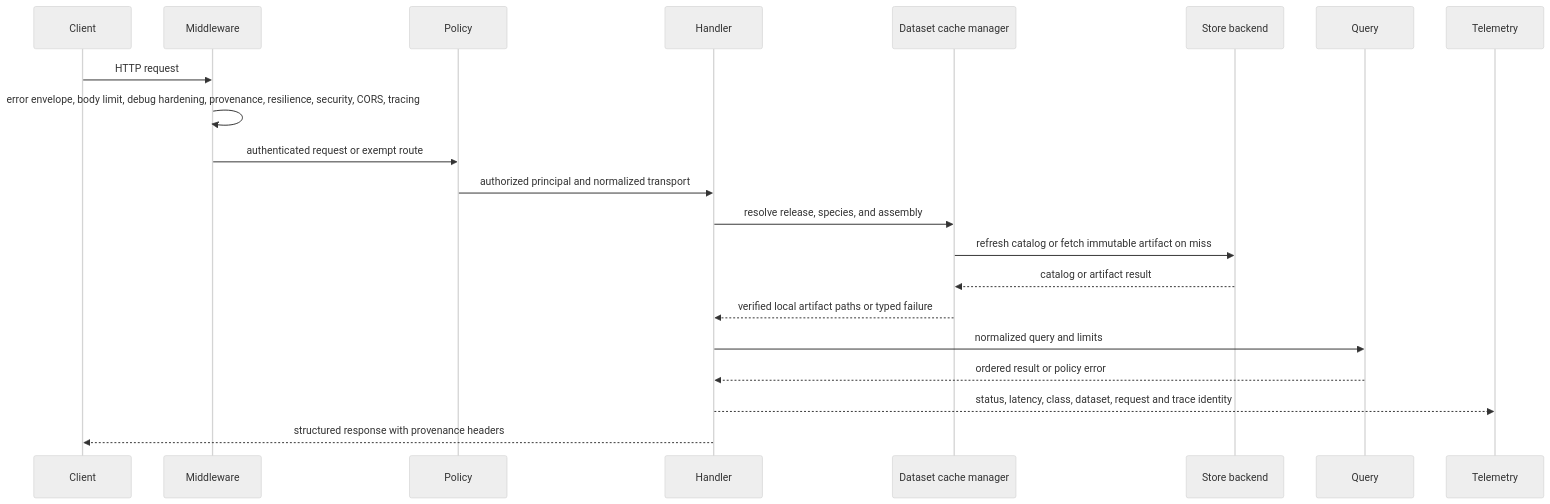
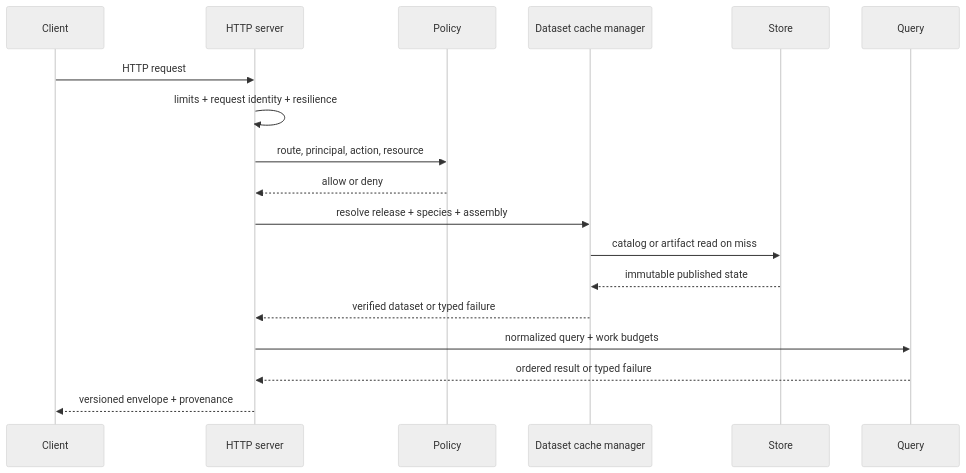
Before and after one commit to bijux/bijux-atlas: the first of 2 diagrams in docs/bijux-atlas/runtime/request-lifecycle.md, drawn with Mermaid (neutral theme). The commit also changed other lines of this file and 2 other files, not shown here.

Commit message:
docs(data): connect dataset identity to request execution

````diff
--- a/docs/bijux-atlas/runtime/request-lifecycle.md
+++ b/docs/bijux-atlas/runtime/request-lifecycle.md
@@ -19,23 +20,20 @@
 ```mermaid
 sequenceDiagram
     participant Client
-    participant Middleware
+    participant Server as HTTP server
     participant Policy
-    participant Handler
     participant Cache as Dataset cache manager
-    participant Backend as Store backend
+    participant Store
     participant Query
-    participant Telemetry
-    Client->>Middleware: HTTP request
-    Middleware->>Middleware: error envelope, body limit, debug hardening, provenance, resilience, security, CORS, tracing
-    Middleware->>Policy: authenticated request or exempt route
-    Policy->>Handler: authorized principal and normalized transport
-    Handler->>Cache: resolve release, species, and assembly
-    Cache->>Backend: refresh catalog or fetch immutable artifact on miss
-    Backend-->>Cache: catalog or artifact result
-    Cache-->>Handler: verified local artifact paths or typed failure
-    Handler->>Query: normalized query and limits
-    Query-->>Handler: ordered result or policy error
-    Handler-->>Telemetry: status, latency, class, dataset, request and trace identity
-    Handler-->>Client: structured response with provenance headers
+    Client->>Server: HTTP request
+    Server->>Server: limits + request identity + resilience
+    Server->>Policy: route, principal, action, resource
+    Policy-->>Server: allow or deny
+    Server->>Cache: resolve release + species + assembly
+    Cache->>Store: catalog or artifact read on miss
+    Store-->>Cache: immutable published state
+    Cache-->>Server: verified dataset or typed failure
+    Server->>Query: normalized query + work budgets
+    Query-->>Server: ordered result or typed failure
+    Server-->>Client: versioned envelope + provenance
 ```
````
